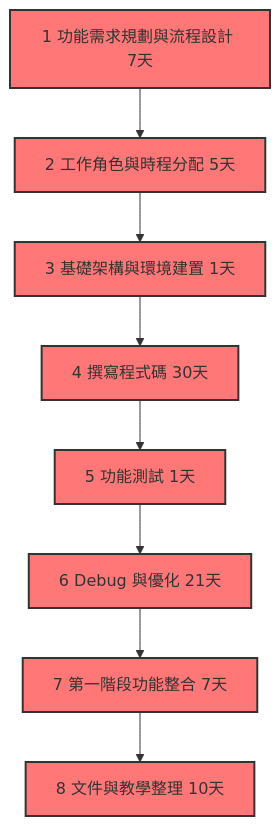
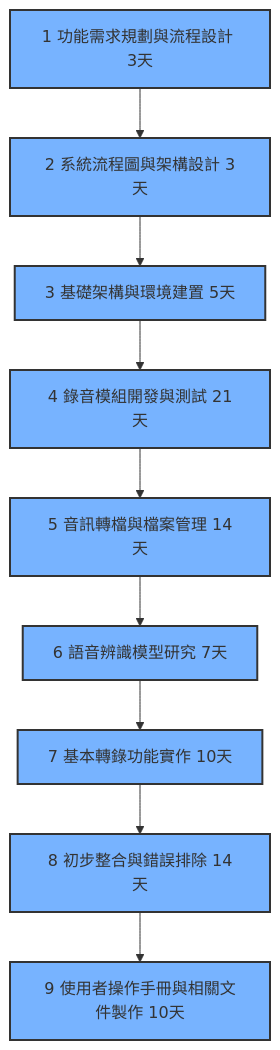
The first of 2 diagrams in 工作分配和進度規劃.md (C112118249/Group-8), drawn with Mermaid before and after one commit. The commit also changed other lines of this file, not shown here.

````diff
--- a/工作分配和進度規劃.md
+++ b/工作分配和進度規劃.md
@@ -27,15 +28,17 @@
 ```mermaid
 graph TD
-    A1[1 功能需求規劃與流程設計 7天] --> A2[2 工作角色與時程分配 5天]
-    A2 --> A3[3 基礎架構與環境建置 1天]
-    A3 --> A4[4 撰寫程式碼 30天]
-    A4 --> A5[5 功能測試 1天]
-    A5 --> A6[6 Debug 與優化 21天]
-    A6 --> A7[7 第一階段功能整合 7天]
-    A7 --> A8[8 文件與教學整理 10天]
-    classDef critical fill:#f77,stroke:#333,stroke-width:2px;
-    class A1,A2,A3,A4,A5,A6,A7,A8 critical;
+A1[1 功能需求規劃與流程設計 3天] --> A2[2 系統流程圖與架構設計 3天]
+A2 --> A3[3 基礎架構與環境建置 5天]
+A3 --> A4[4 錄音模組開發與測試 21天]
+A4 --> A5[5 音訊轉檔與檔案管理 14天]
+A5 --> A6[6 語音辨識模型研究 7天]
+A6 --> A7[7 基本轉錄功能實作 10天]
+A7 --> A8[8 初步整合與錯誤排除 14天]
+A8 --> A9[9 使用者操作手冊與相關文件製作 10天]
+
+classDef critical fill:#77b3ff,stroke:#333,stroke-width:2px;
+class A1,A2,A3,A4,A5,A6,A7,A8,A9 critical;
 
 
 
 ```
````
